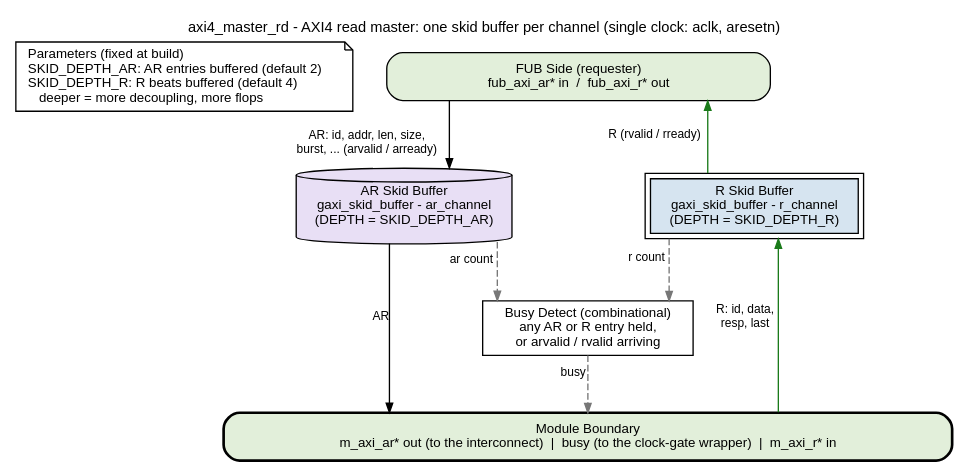
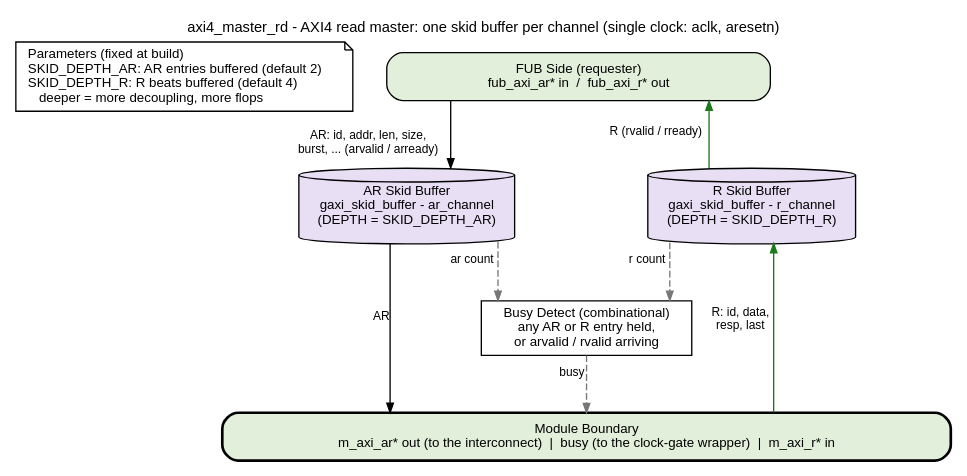
The diagram in docs/markdown/assets/rtl-amba/graphviz/axi4_master_rd.dot (sean-galloway/RTLDesignSherpa), drawn with Graphviz before and after one commit. The commit also changed 31 other files, not shown here.

First line of the commit message:
docs(handbook, amba): a FIFO or skid child instance is a Storage cylinder; 15 rtl-amba diagrams swept

```diff
--- a/docs/markdown/assets/rtl-amba/graphviz/axi4_master_rd.dot
+++ b/docs/markdown/assets/rtl-amba/graphviz/axi4_master_rd.dot
@@ -1,41 +1,41 @@
 // axi4_master_rd block diagram - house style (vault/handbook/authoring/block-diagrams.md).
 // Requester (FUB) side at the top, the module boundary bar at the bottom.
 // AR goes down the left lane through its skid buffer; R comes back up the right
 // lane through its own skid buffer. busy (sideband for the clock-gate wrapper)
 // sits between the lanes and leaves through the bar.
 // Source of truth: rtl/amba/axi4/axi4_master_rd.sv.
 digraph axi4_master_rd {
     graph [rankdir=TB, bgcolor="white", fontname="Helvetica", fontsize=11,
            nodesep="0.35", ranksep="0.60", splines=ortho, newrank=true,
            label="axi4_master_rd - AXI4 read master: one skid buffer per channel (single clock: aclk, aresetn)",
            labelloc=t, labeljust=c];
     node  [fontname="Helvetica", fontsize=10, shape=box, style=filled,
            fillcolor="white", color="black", margin="0.12,0.06"];
     edge  [fontname="Helvetica", fontsize=9, color="black", arrowsize=0.7];
 
     prm  [label="Parameters (fixed at build)\lSKID_DEPTH_AR: AR entries buffered (default 2)\lSKID_DEPTH_R: R beats buffered (default 4)\l    deeper = more decoupling, more flops\l", fillcolor="white", shape=note];
     fub  [label="FUB Side (requester)\nfub_axi_ar* in  /  fub_axi_r* out", fillcolor="white", width=4.0, style="rounded,filled", fillcolor="#E2EFDA"];
 
     ar   [group=L, label="AR Skid Buffer\ngaxi_skid_buffer - ar_channel\n(DEPTH = SKID_DEPTH_AR)", shape=cylinder, style="filled", fillcolor="#E8DFF5"];
-    r    [group=R, label="R Skid Buffer\ngaxi_skid_buffer - r_channel\n(DEPTH = SKID_DEPTH_R)", peripheries=2, style="filled", fillcolor="#D6E4F0"];
+    r    [group=R, label="R Skid Buffer\ngaxi_skid_buffer - r_channel\n(DEPTH = SKID_DEPTH_R)", shape=cylinder, style="filled", fillcolor="#E8DFF5"];
     busy [group=C, label="Busy Detect (combinational)\nany AR or R entry held,\nor arvalid / rvalid arriving", style="filled", fillcolor="white"];
 
     mport [label="Module Boundary\nm_axi_ar* out (to the interconnect)  |  busy (to the clock-gate wrapper)  |  m_axi_r* in",
            fillcolor="white", width=7.6, style="rounded,filled,bold", fillcolor="#E2EFDA"];
 
     // request: down the left lane
     fub -> ar    [xlabel="AR: id, addr, len, size,\nburst, ... (arvalid / arready)"];
     ar  -> mport [xlabel="AR"];
     // response: back up the right lane (dir=back keeps the ranks top-down)
     r   -> mport [color="#1A7A1A", dir=back, xlabel="R: id, data,\nresp, last"];
     fub -> r     [color="#1A7A1A", dir=back, xlabel="R (rvalid / rready)"];
     // sideband between the lanes
     ar  -> busy  [style=dashed, color="#777777", xlabel="ar count"];
     r   -> busy  [style=dashed, color="#777777", xlabel="r count"];
     busy -> mport [style=dashed, color="#777777", xlabel="busy"];
 
     { rank=same; prm; fub; }
     { rank=same; ar; r; }
     prm -> fub [style=invis];
     ar -> r [style=invis, minlen=4];
 }
```
